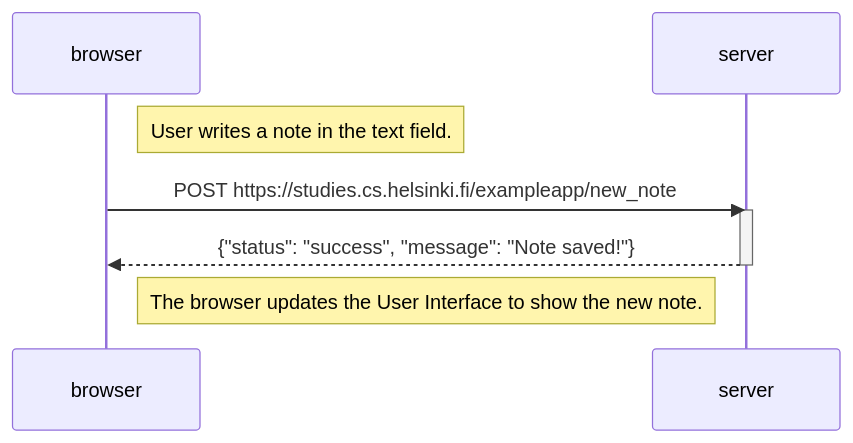
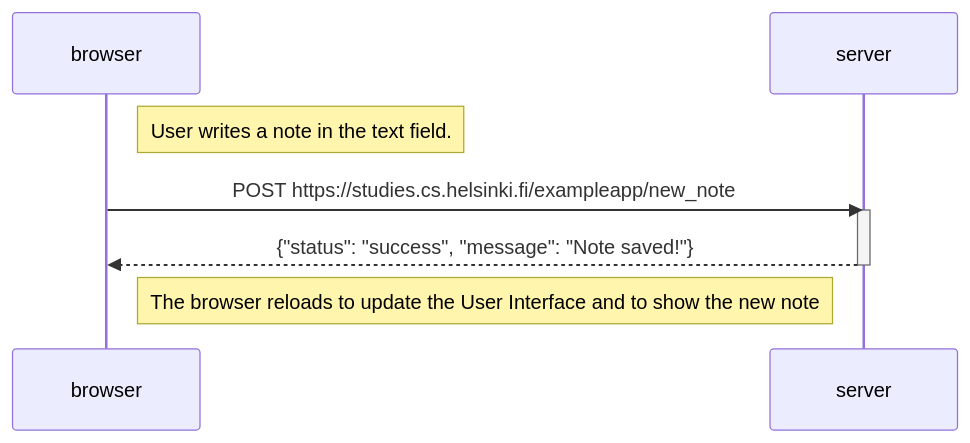
One commit to Wave08/full_stack_part0 changed the diagram in exercise_04.md. Above: the diagram before and after it, drawn with Mermaid. The commit also changed 1 other file, not shown here.

Commit message:
Add functionality where for a SPA the browser updates without reloading and on the other hand it has to reload to add new notes

````diff
--- a/exercise_04.md
+++ b/exercise_04.md
@@ -3,14 +3,14 @@
 ```mermaid
 
 sequenceDiagram
     participant browser
     participant server
 
     Note right of browser: User writes a note in the text field.
     browser->>server: POST https://studies.cs.helsinki.fi/exampleapp/new_note
     activate server
     server-->>browser: {"status": "success", "message": "Note saved!"}
     deactivate server
 
-    Note right of browser: The browser updates the User Interface to show the new note.
+    Note right of browser: The browser reloads to update the User Interface and to show the new note
 ```
````
